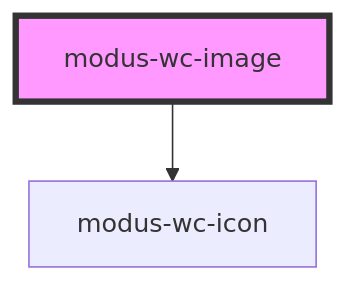
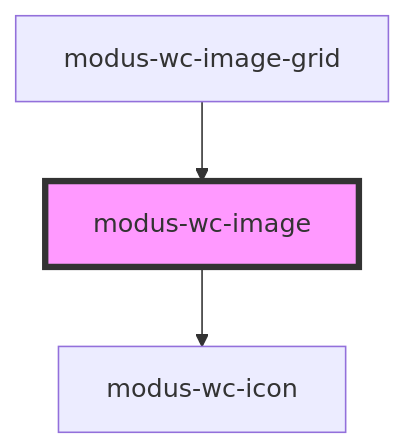
Before and after one commit to martin-at-trimble/modus-wc-2.0: the diagram in src/components/modus-wc-image/readme.md, drawn with Mermaid. The commit also changed other lines of this file and 13 other files, not shown here.

Commit message:
feature: Add modus-wc-image-grid component (#1515)

````diff
--- a/src/components/modus-wc-image/readme.md
+++ b/src/components/modus-wc-image/readme.md
@@ -41,5 +45,6 @@
 ```mermaid
 graph TD;
   modus-wc-image --> modus-wc-icon
+  modus-wc-image-grid --> modus-wc-image
   style modus-wc-image fill:#f9f,stroke:#333,stroke-width:4px
 ```
````
